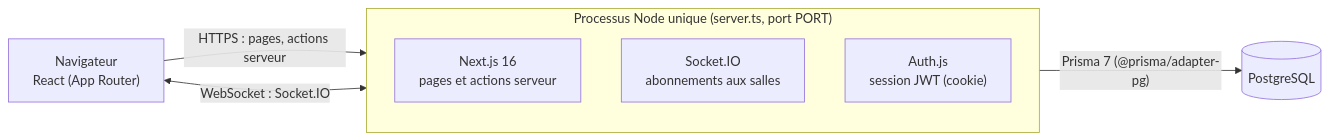
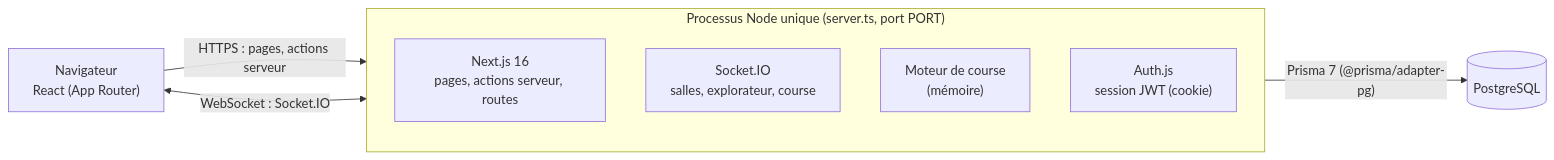
Before and after one commit to devzr24/typing-race: the first of 4 diagrams in docs/ARCHITECTURE.md, drawn with Mermaid. The commit also changed other lines of this file and 10 other files, not shown here.

First line of the commit message:
docs(adr): README, architecture finale, IA et matrice à jour

````diff
--- a/docs/ARCHITECTURE.md
+++ b/docs/ARCHITECTURE.md
@@ -9,11 +9,12 @@
 ```mermaid
 flowchart LR
     B["Navigateur<br/>React (App Router)"] -- "HTTPS : pages, actions serveur" --> S
     B <-- "WebSocket : Socket.IO" --> S
     subgraph S["Processus Node unique (server.ts, port PORT)"]
-        N["Next.js 16<br/>pages et actions serveur"]
-        IO["Socket.IO<br/>abonnements aux salles"]
+        N["Next.js 16<br/>pages, actions serveur, routes"]
+        IO["Socket.IO<br/>salles, explorateur, course"]
+        R["Moteur de course<br/>(mémoire)"]
         A["Auth.js<br/>session JWT (cookie)"]
     end
     S -- "Prisma 7 (@prisma/adapter-pg)" --> DB[("PostgreSQL")]
 ```
````
